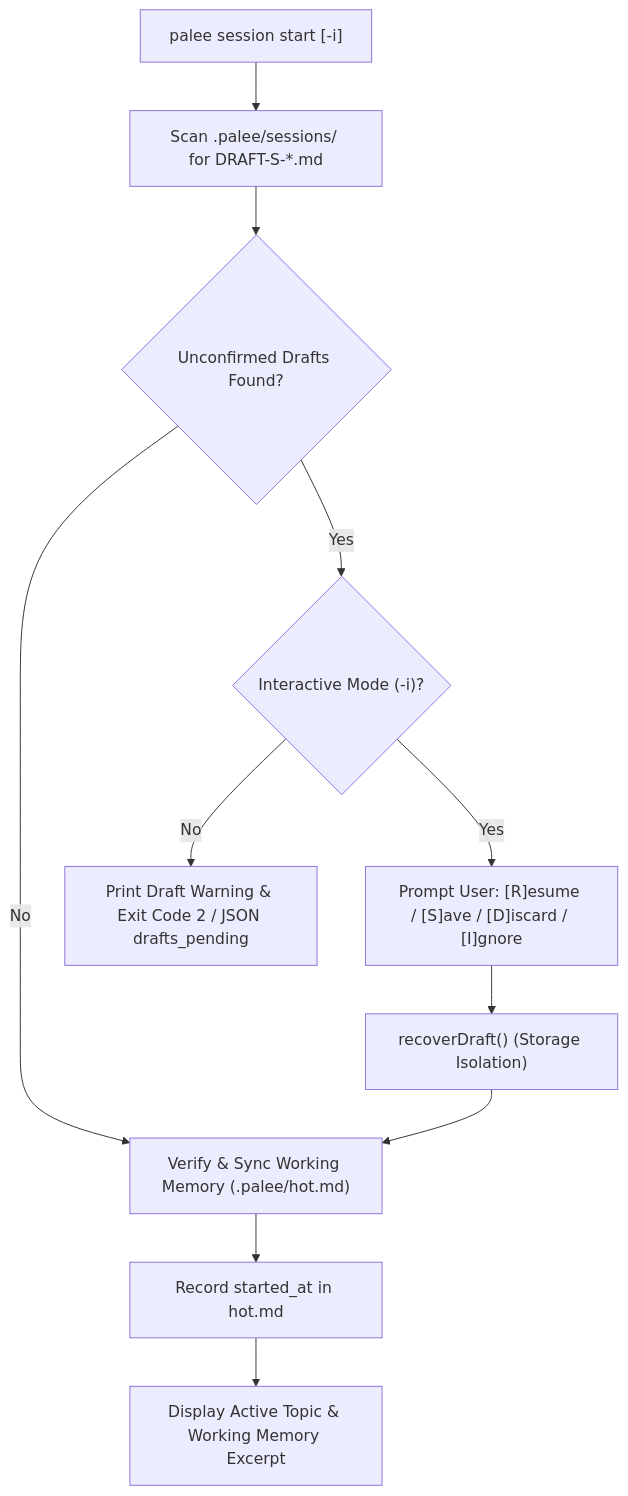
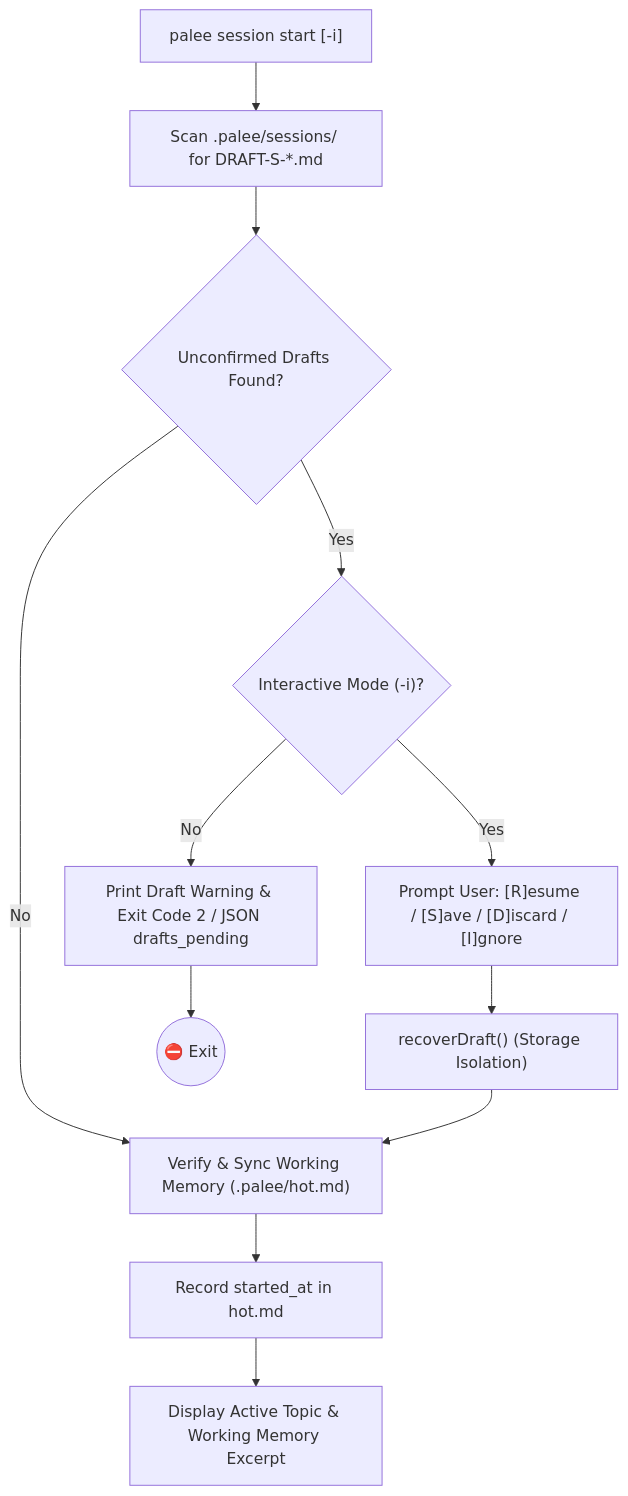
The diagram in docs/02-4-session-management-command.md (Kuldeep2822k/cli), drawn with Mermaid before and after one commit. The commit also changed 6 other files, not shown here.

````diff
--- a/docs/02-4-session-management-command.md
+++ b/docs/02-4-session-management-command.md
@@ -55,17 +55,18 @@
 ```mermaid
 flowchart TD
     StartCmd["palee session start [-i]"] --> ScanDrafts["Scan .palee/sessions/ for DRAFT-S-*.md"]
     
     ScanDrafts --> HasDrafts{"Unconfirmed Drafts Found?"}
     HasDrafts -->|"No"| SyncHot["Verify & Sync Working Memory (.palee/hot.md)"]
     
     HasDrafts -->|"Yes"| InterCheck{"Interactive Mode (-i)?"}
     InterCheck -->|"No"| WarnDraft["Print Draft Warning & Exit Code 2 / JSON drafts_pending"]
     InterCheck -->|"Yes"| PromptRecovery["Prompt User: [R]esume / [S]ave / [D]iscard / [I]gnore"]
     
     PromptRecovery --> ExecuteAction["recoverDraft() (Storage Isolation)"]
     ExecuteAction --> SyncHot
+    WarnDraft --> Stop(("⛔ Exit"))
     
     SyncHot --> SetStart["Record started_at in hot.md"]
     SetStart --> PrintHot["Display Active Topic & Working Memory Excerpt"]
 ```
````
